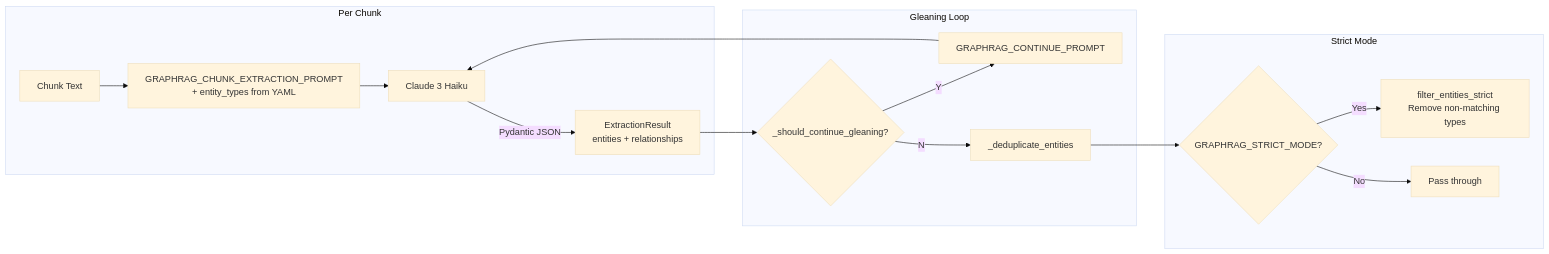
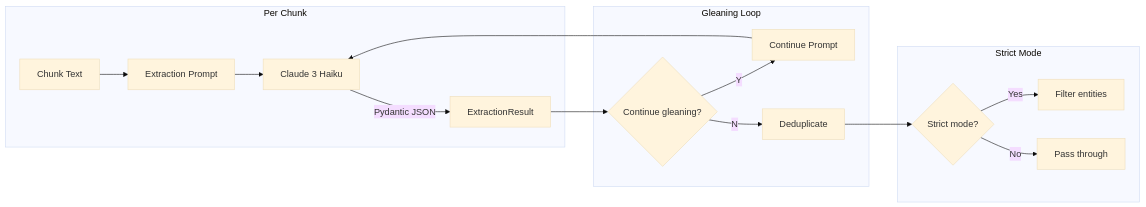
Before and after one commit to crlsrmrlsz/raglab: the third of 8 diagrams in memory-bank/graphrag/graphrag_raglab_implementation.md, drawn with Mermaid (base theme). The commit also changed other lines of this file, not shown here.

First line of the commit message:
fix(docs): remove quotes from mermaid cylinder nodes and simplify code blocks

````diff
--- a/memory-bank/graphrag/graphrag_raglab_implementation.md
+++ b/memory-bank/graphrag/graphrag_raglab_implementation.md
@@ -180,21 +180,21 @@
 ```mermaid
 flowchart LR
     subgraph Chunk["Per Chunk"]
-        TEXT[Chunk Text] --> PROMPT[GRAPHRAG_CHUNK_EXTRACTION_PROMPT<br/>+ entity_types from YAML]
+        TEXT[Chunk Text] --> PROMPT["Extraction Prompt"]
         PROMPT --> LLM["Claude 3 Haiku"]
-        LLM --> |Pydantic JSON| RESULT[ExtractionResult<br/>entities + relationships]
+        LLM --> |Pydantic JSON| RESULT["ExtractionResult"]
     end
 
     subgraph Gleaning["Gleaning Loop"]
-        RESULT --> CHECK{_should_continue_gleaning?}
-        CHECK --> |Y| CONTINUE[GRAPHRAG_CONTINUE_PROMPT]
+        RESULT --> CHECK{"Continue gleaning?"}
+        CHECK --> |Y| CONTINUE["Continue Prompt"]
         CONTINUE --> LLM
-        CHECK --> |N| DEDUP[_deduplicate_entities]
+        CHECK --> |N| DEDUP["Deduplicate"]
     end
 
     subgraph Filter["Strict Mode"]
-        DEDUP --> STRICT{GRAPHRAG_STRICT_MODE?}
-        STRICT --> |Yes| FILTER[filter_entities_strict<br/>Remove non-matching types]
+        DEDUP --> STRICT{"Strict mode?"}
+        STRICT --> |Yes| FILTER["Filter entities"]
         STRICT --> |No| PASS[Pass through]
     end
 ```
````
